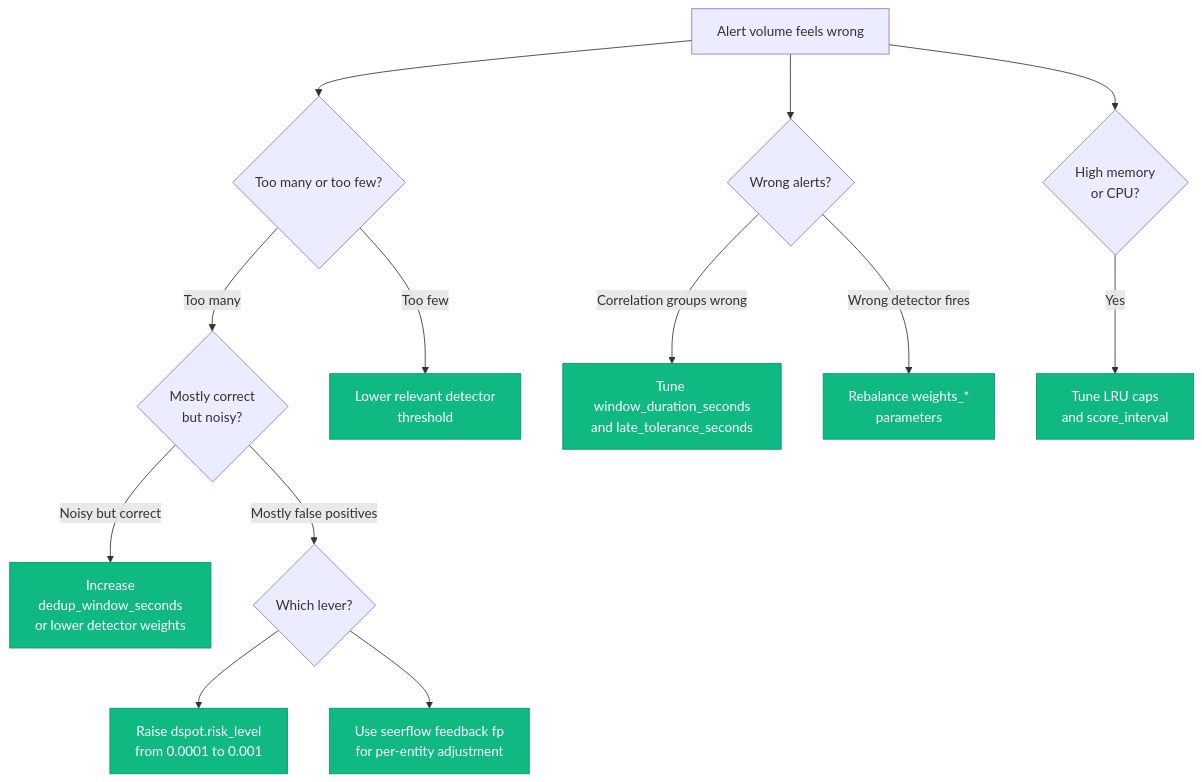
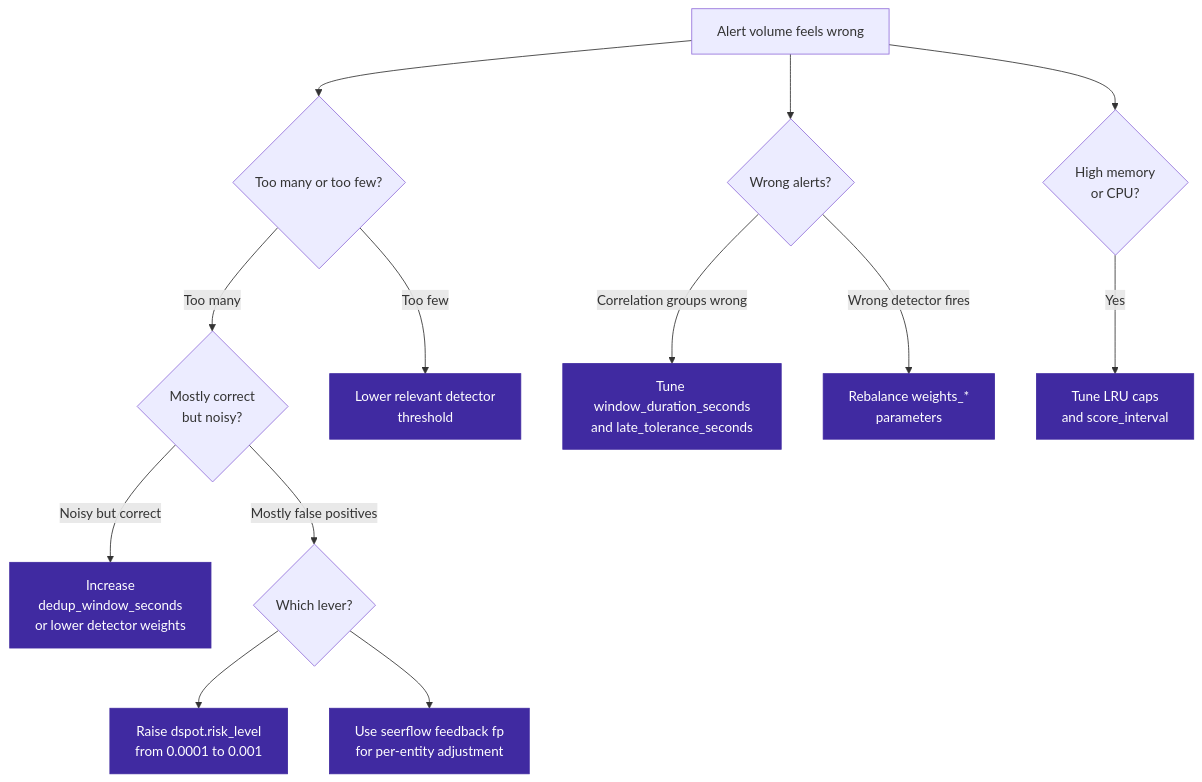
Before and after one commit to seerflow/seerflow-guide: the diagram in docs/operations/tuning.md, drawn with Mermaid. The commit also changed 9 other files, not shown here.

First line of the commit message:
fix(brand): recolor mermaid diagrams to brand palette

````diff
--- a/docs/operations/tuning.md
+++ b/docs/operations/tuning.md
@@ -20,18 +20,18 @@
 ```mermaid
 flowchart TD
     Start[Alert volume feels wrong] --> TooMany{Too many or too few?}
     TooMany -->|Too many| Quality{Mostly correct<br/>but noisy?}
     TooMany -->|Too few| Detector[Lower relevant detector<br/>threshold]
     Quality -->|Noisy but correct| Dedup[Increase<br/>dedup_window_seconds<br/>or lower detector weights]
     Quality -->|Mostly false positives| FPFlow{Which lever?}
     FPFlow --> DspotRisk[Raise dspot.risk_level<br/>from 0.0001 to 0.001]
     FPFlow --> Feedback[Use seerflow feedback fp<br/>for per-entity adjustment]
     Start --> WrongKind{Wrong alerts?}
     WrongKind -->|Correlation groups wrong| Correlation[Tune window_duration_seconds<br/>and late_tolerance_seconds]
     WrongKind -->|Wrong detector fires| Weights[Rebalance weights_*<br/>parameters]
     Start --> Performance{High memory<br/>or CPU?}
     Performance -->|Yes| PerfTune[Tune LRU caps<br/>and score_interval]
 
-    classDef action fill:#10b981,stroke:#059669,color:#fff
+    classDef action fill:#402aa1,stroke:#402aa1,color:#fff
     class Detector,Dedup,DspotRisk,Feedback,Correlation,Weights,PerfTune action
 ```
````
